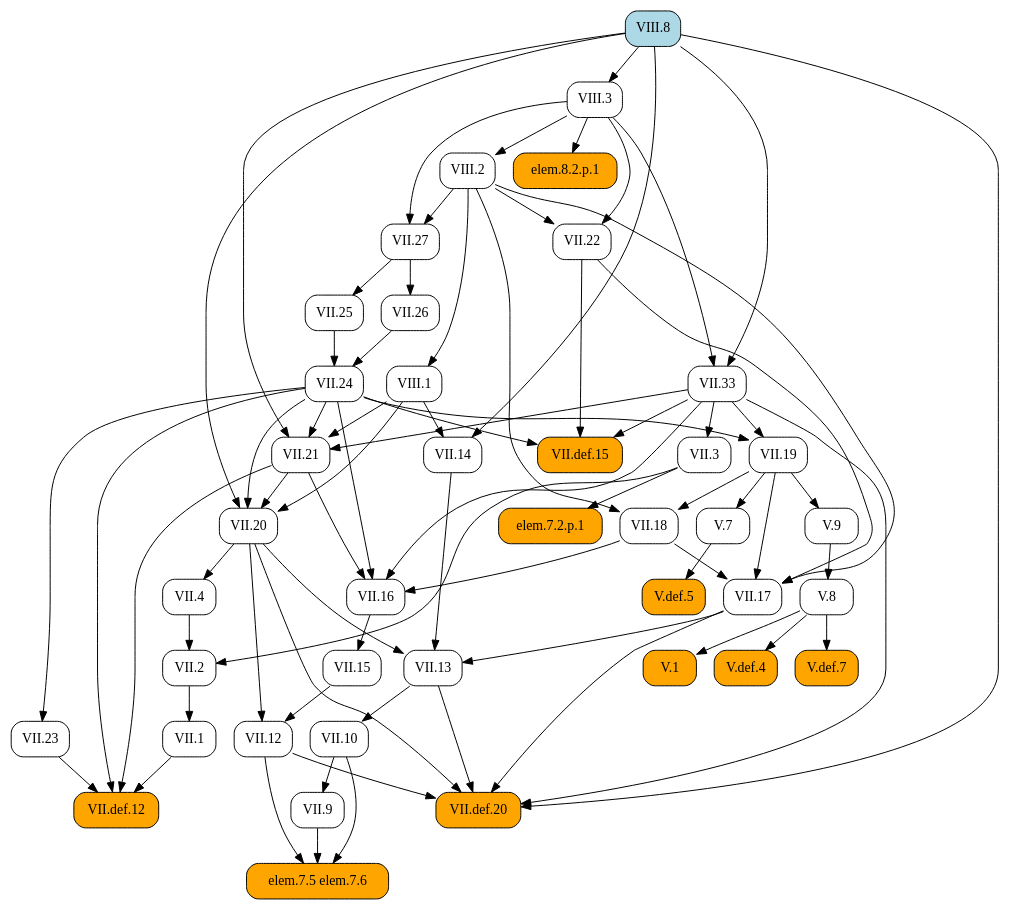
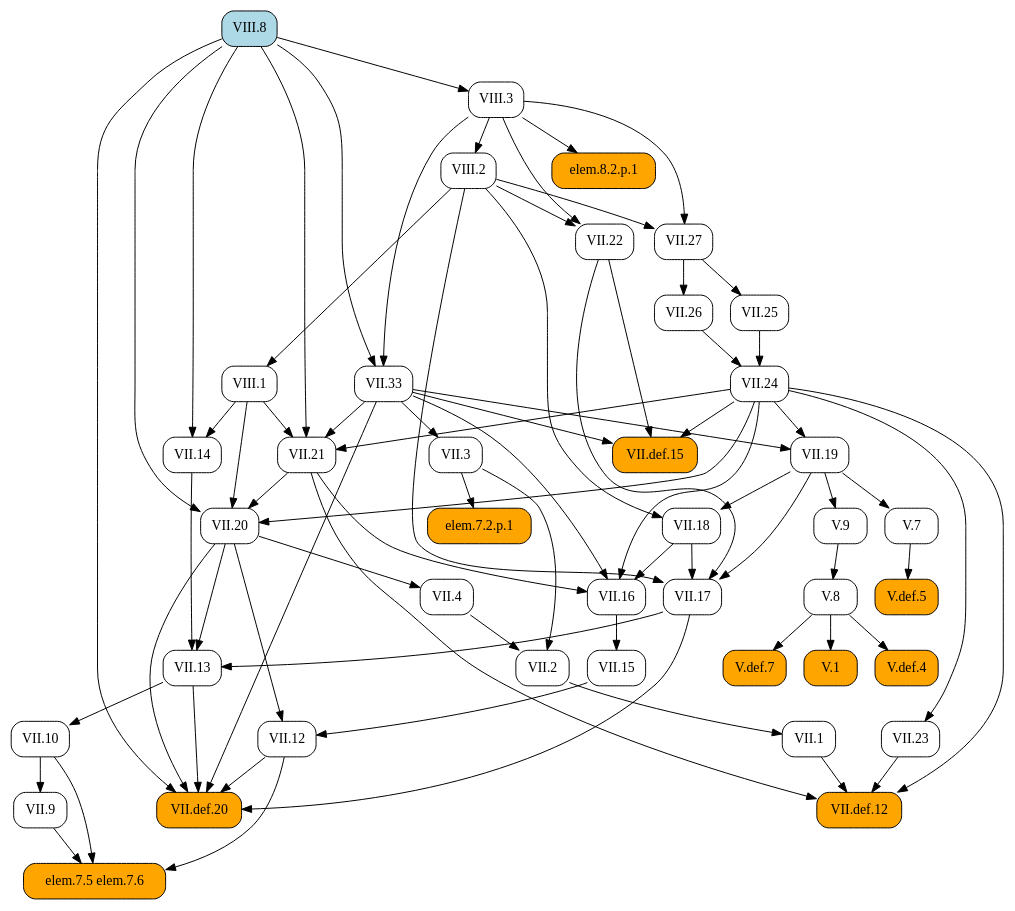
Before and after one commit to geometor/elements: the diagram in docsrc/heath/VIII/8/index.rst, drawn with Graphviz. The commit also changed other lines of this file and 1029 other files, not shown here.

```diff
--- a/docsrc/heath/VIII/8/index.rst
+++ b/docsrc/heath/VIII/8/index.rst
@@ -48,118 +48,118 @@
    digraph {
      rankdir="TB";
      node [shape=box, style=rounded];
+     "VII.1" [URL="/heath/VII/1/", target="_top"];
+     "VII.9" [URL="/heath/VII/9/", target="_top"];
+     "V.def.5" [style="rounded,filled", fillcolor=orange, URL="/heath/V/def.5/", target="_top"];
+     "VII.3" [URL="/heath/VII/3/", target="_top"];
+     "VII.17" [URL="/heath/VII/17/", target="_top"];
+     "elem.7.5 elem.7.6" [style="rounded,filled", fillcolor=orange];
+     "V.7" [URL="/heath/V/7/", target="_top"];
+     "V.9" [URL="/heath/V/9/", target="_top"];
+     "VII.13" [URL="/heath/VII/13/", target="_top"];
+     "VII.2" [URL="/heath/VII/2/", target="_top"];
+     "VIII.1" [URL="/heath/VIII/1/", target="_top"];
+     "VIII.2" [URL="/heath/VIII/2/", target="_top"];
+     "VII.12" [URL="/heath/VII/12/", target="_top"];
+     "VII.24" [URL="/heath/VII/24/", target="_top"];
+     "VII.def.12" [style="rounded,filled", fillcolor=orange, URL="/heath/VII/def.12/", target="_top"];
+     "V.8" [URL="/heath/V/8/", target="_top"];
+     "VII.33" [URL="/heath/VII/33/", target="_top"];
+     "elem.7.2.p.1" [style="rounded,filled", fillcolor=orange];
+     "VII.10" [URL="/heath/VII/10/", target="_top"];
+     "VII.def.15" [style="rounded,filled", fillcolor=orange, URL="/heath/VII/def.15/", target="_top"];
+     "VII.19" [URL="/heath/VII/19/", target="_top"];
+     "VII.18" [URL="/heath/VII/18/", target="_top"];
+     "VII.16" [URL="/heath/VII/16/", target="_top"];
+     "VII.26" [URL="/heath/VII/26/", target="_top"];
+     "VII.4" [URL="/heath/VII/4/", target="_top"];
+     "VII.25" [URL="/heath/VII/25/", target="_top"];
+     "VII.21" [URL="/heath/VII/21/", target="_top"];
      "V.1" [style="rounded,filled", fillcolor=orange, URL="/heath/V/1/", target="_top"];
-     "VII.12" [URL="/heath/VII/12/", target="_top"];
+     "VII.20" [URL="/heath/VII/20/", target="_top"];
      "VII.14" [URL="/heath/VII/14/", target="_top"];
-     "VII.13" [URL="/heath/VII/13/", target="_top"];
-     "VII.16" [URL="/heath/VII/16/", target="_top"];
+     "VII.27" [URL="/heath/VII/27/", target="_top"];
+     "VIII.8" [style="rounded,filled", fillcolor=lightblue, URL="/heath/VIII/8/", target="_top"];
+     "VIII.3" [URL="/heath/VIII/3/", target="_top"];
      "V.def.4" [style="rounded,filled", fillcolor=orange, URL="/heath/V/def.4/", target="_top"];
-     "VII.def.15" [style="rounded,filled", fillcolor=orange, URL="/heath/VII/def.15/", target="_top"];
-     "VII.18" [URL="/heath/VII/18/", target="_top"];
-     "V.8" [URL="/heath/V/8/", target="_top"];
-     "VII.21" [URL="/heath/VII/21/", target="_top"];
-     "V.7" [URL="/heath/V/7/", target="_top"];
-     "VII.def.12" [style="rounded,filled", fillcolor=orange, URL="/heath/VII/def.12/", target="_top"];
+     "VII.22" [URL="/heath/VII/22/", target="_top"];
+     "V.def.7" [style="rounded,filled", fillcolor=orange, URL="/heath/V/def.7/", target="_top"];
+     "VII.23" [URL="/heath/VII/23/", target="_top"];
      "VII.15" [URL="/heath/VII/15/", target="_top"];
-     "VII.2" [URL="/heath/VII/2/", target="_top"];
      "VII.def.20" [style="rounded,filled", fillcolor=orange, URL="/heath/VII/def.20/", target="_top"];
-     "VII.3" [URL="/heath/VII/3/", target="_top"];
-     "elem.7.5 elem.7.6" [style="rounded,filled", fillcolor=orange];
      "elem.8.2.p.1" [style="rounded,filled", fillcolor=orange];
-     "VII.10" [URL="/heath/VII/10/", target="_top"];
-     "V.def.7" [style="rounded,filled", fillcolor=orange, URL="/heath/V/def.7/", target="_top"];
-     "VII.20" [URL="/heath/VII/20/", target="_top"];
-     "VII.9" [URL="/heath/VII/9/", target="_top"];
-     "VIII.1" [URL="/heath/VIII/1/", target="_top"];
-     "VII.25" [URL="/heath/VII/25/", target="_top"];
-     "VII.23" [URL="/heath/VII/23/", target="_top"];
-     "VIII.8" [style="rounded,filled", fillcolor=lightblue, URL="/heath/VIII/8/", target="_top"];
-     "VII.27" [URL="/heath/VII/27/", target="_top"];
-     "VIII.2" [URL="/heath/VIII/2/", target="_top"];
-     "VII.24" [URL="/heath/VII/24/", target="_top"];
-     "VIII.3" [URL="/heath/VIII/3/", target="_top"];
-     "VII.19" [URL="/heath/VII/19/", target="_top"];
-     "VII.4" [URL="/heath/VII/4/", target="_top"];
-     "elem.7.2.p.1" [style="rounded,filled", fillcolor=orange];
-     "V.9" [URL="/heath/V/9/", target="_top"];
-     "VII.26" [URL="/heath/VII/26/", target="_top"];
-     "VII.1" [URL="/heath/VII/1/", target="_top"];
-     "VII.22" [URL="/heath/VII/22/", target="_top"];
-     "VII.33" [URL="/heath/VII/33/", target="_top"];
-     "V.def.5" [style="rounded,filled", fillcolor=orange, URL="/heath/V/def.5/", target="_top"];
-     "VII.17" [URL="/heath/VII/17/", target="_top"];
-     "V.8" -> "V.1";
-     "VII.15" -> "VII.12";
-     "VII.20" -> "VII.12";
-     "VIII.1" -> "VII.14";
-     "VIII.8" -> "VII.14";
+     "VII.2" -> "VII.1";
+     "VII.10" -> "VII.9";
+     "V.7" -> "V.def.5";
+     "VII.33" -> "VII.3";
+     "VII.18" -> "VII.17";
+     "VII.19" -> "VII.17";
+     "VII.22" -> "VII.17";
+     "VIII.2" -> "VII.17";
+     "VII.9" -> "elem.7.5 elem.7.6";
+     "VII.10" -> "elem.7.5 elem.7.6";
+     "VII.12" -> "elem.7.5 elem.7.6";
+     "VII.19" -> "V.7";
+     "VII.19" -> "V.9";
      "VII.14" -> "VII.13";
      "VII.17" -> "VII.13";
      "VII.20" -> "VII.13";
+     "VII.3" -> "VII.2";
+     "VII.4" -> "VII.2";
+     "VIII.2" -> "VIII.1";
+     "VIII.3" -> "VIII.2";
+     "VII.15" -> "VII.12";
+     "VII.20" -> "VII.12";
+     "VII.25" -> "VII.24";
+     "VII.26" -> "VII.24";
+     "VII.1" -> "VII.def.12";
+     "VII.21" -> "VII.def.12";
+     "VII.23" -> "VII.def.12";
+     "VII.24" -> "VII.def.12";
+     "V.9" -> "V.8";
+     "VIII.3" -> "VII.33";
+     "VIII.8" -> "VII.33";
+     "VII.3" -> "elem.7.2.p.1";
+     "VII.13" -> "VII.10";
+     "VII.22" -> "VII.def.15";
+     "VII.24" -> "VII.def.15";
+     "VII.33" -> "VII.def.15";
+     "VII.24" -> "VII.19";
+     "VII.33" -> "VII.19";
+     "VII.19" -> "VII.18";
+     "VIII.2" -> "VII.18";
      "VII.18" -> "VII.16";
      "VII.21" -> "VII.16";
      "VII.24" -> "VII.16";
      "VII.33" -> "VII.16";
-     "V.8" -> "V.def.4";
-     "VII.22" -> "VII.def.15";
-     "VII.24" -> "VII.def.15";
-     "VII.33" -> "VII.def.15";
-     "VII.19" -> "VII.18";
-     "VIII.2" -> "VII.18";
-     "V.9" -> "V.8";
+     "VII.27" -> "VII.26";
+     "VII.20" -> "VII.4";
+     "VII.27" -> "VII.25";
      "VII.24" -> "VII.21";
      "VII.33" -> "VII.21";
      "VIII.1" -> "VII.21";
      "VIII.8" -> "VII.21";
-     "VII.19" -> "V.7";
-     "VII.1" -> "VII.def.12";
-     "VII.21" -> "VII.def.12";
-     "VII.23" -> "VII.def.12";
-     "VII.24" -> "VII.def.12";
+     "V.8" -> "V.1";
+     "VII.21" -> "VII.20";
+     "VII.24" -> "VII.20";
+     "VIII.1" -> "VII.20";
+     "VIII.8" -> "VII.20";
+     "VIII.1" -> "VII.14";
+     "VIII.8" -> "VII.14";
+     "VIII.2" -> "VII.27";
+     "VIII.3" -> "VII.27";
+     "VIII.8" -> "VIII.3";
+     "V.8" -> "V.def.4";
+     "VIII.2" -> "VII.22";
+     "VIII.3" -> "VII.22";
+     "V.8" -> "V.def.7";
+     "VII.24" -> "VII.23";
      "VII.16" -> "VII.15";
-     "VII.3" -> "VII.2";
-     "VII.4" -> "VII.2";
      "VII.12" -> "VII.def.20";
      "VII.13" -> "VII.def.20";
      "VII.17" -> "VII.def.20";
      "VII.20" -> "VII.def.20";
      "VII.33" -> "VII.def.20";
      "VIII.8" -> "VII.def.20";
-     "VII.33" -> "VII.3";
-     "VII.9" -> "elem.7.5 elem.7.6";
-     "VII.10" -> "elem.7.5 elem.7.6";
-     "VII.12" -> "elem.7.5 elem.7.6";
      "VIII.3" -> "elem.8.2.p.1";
-     "VII.13" -> "VII.10";
-     "V.8" -> "V.def.7";
-     "VII.21" -> "VII.20";
-     "VII.24" -> "VII.20";
-     "VIII.1" -> "VII.20";
-     "VIII.8" -> "VII.20";
-     "VII.10" -> "VII.9";
-     "VIII.2" -> "VIII.1";
-     "VII.27" -> "VII.25";
-     "VII.24" -> "VII.23";
-     "VIII.2" -> "VII.27";
-     "VIII.3" -> "VII.27";
-     "VIII.3" -> "VIII.2";
-     "VII.25" -> "VII.24";
-     "VII.26" -> "VII.24";
-     "VIII.8" -> "VIII.3";
-     "VII.24" -> "VII.19";
-     "VII.33" -> "VII.19";
-     "VII.20" -> "VII.4";
-     "VII.3" -> "elem.7.2.p.1";
-     "VII.19" -> "V.9";
-     "VII.27" -> "VII.26";
-     "VII.2" -> "VII.1";
-     "VIII.2" -> "VII.22";
-     "VIII.3" -> "VII.22";
-     "VIII.3" -> "VII.33";
-     "VIII.8" -> "VII.33";
-     "V.7" -> "V.def.5";
-     "VII.18" -> "VII.17";
-     "VII.19" -> "VII.17";
-     "VII.22" -> "VII.17";
-     "VIII.2" -> "VII.17";
    }
```
